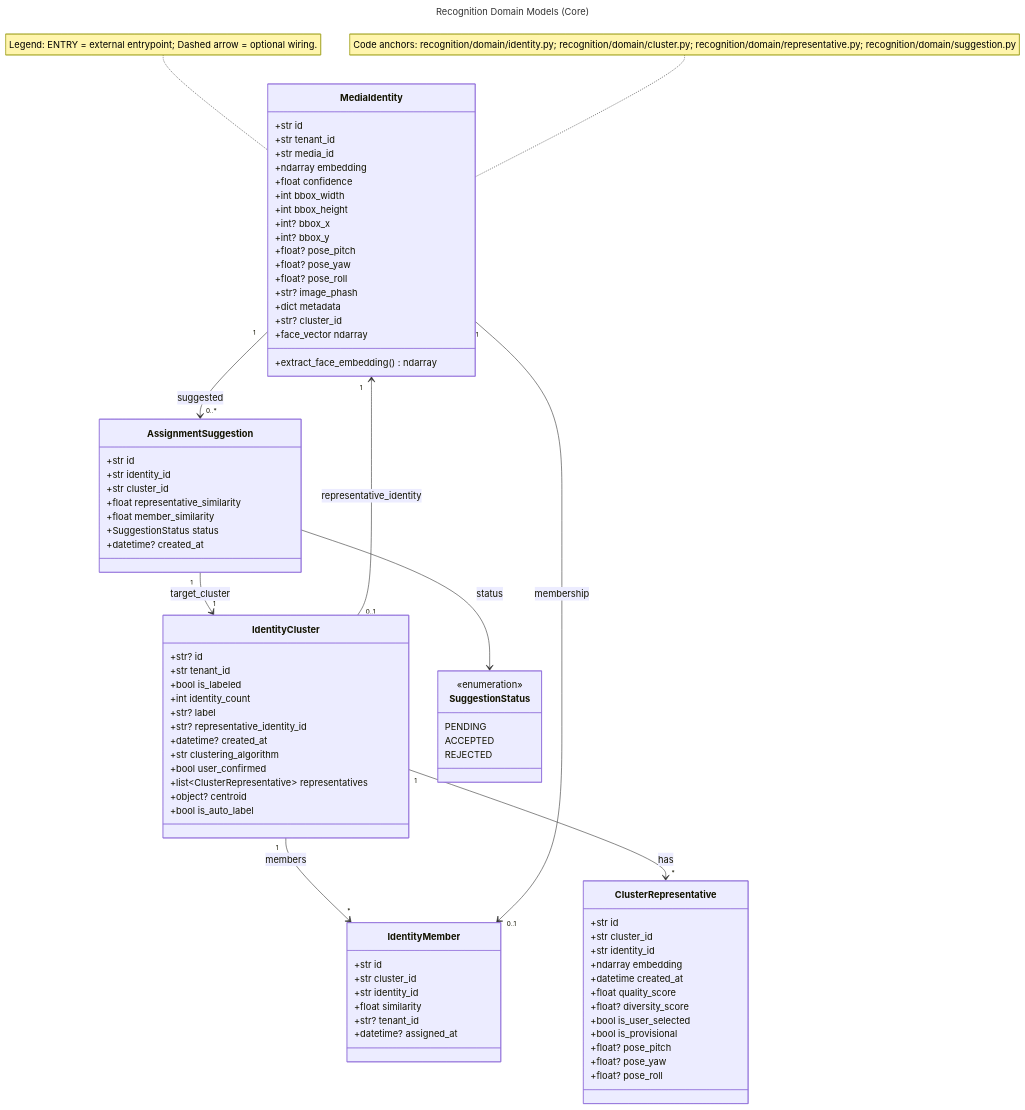
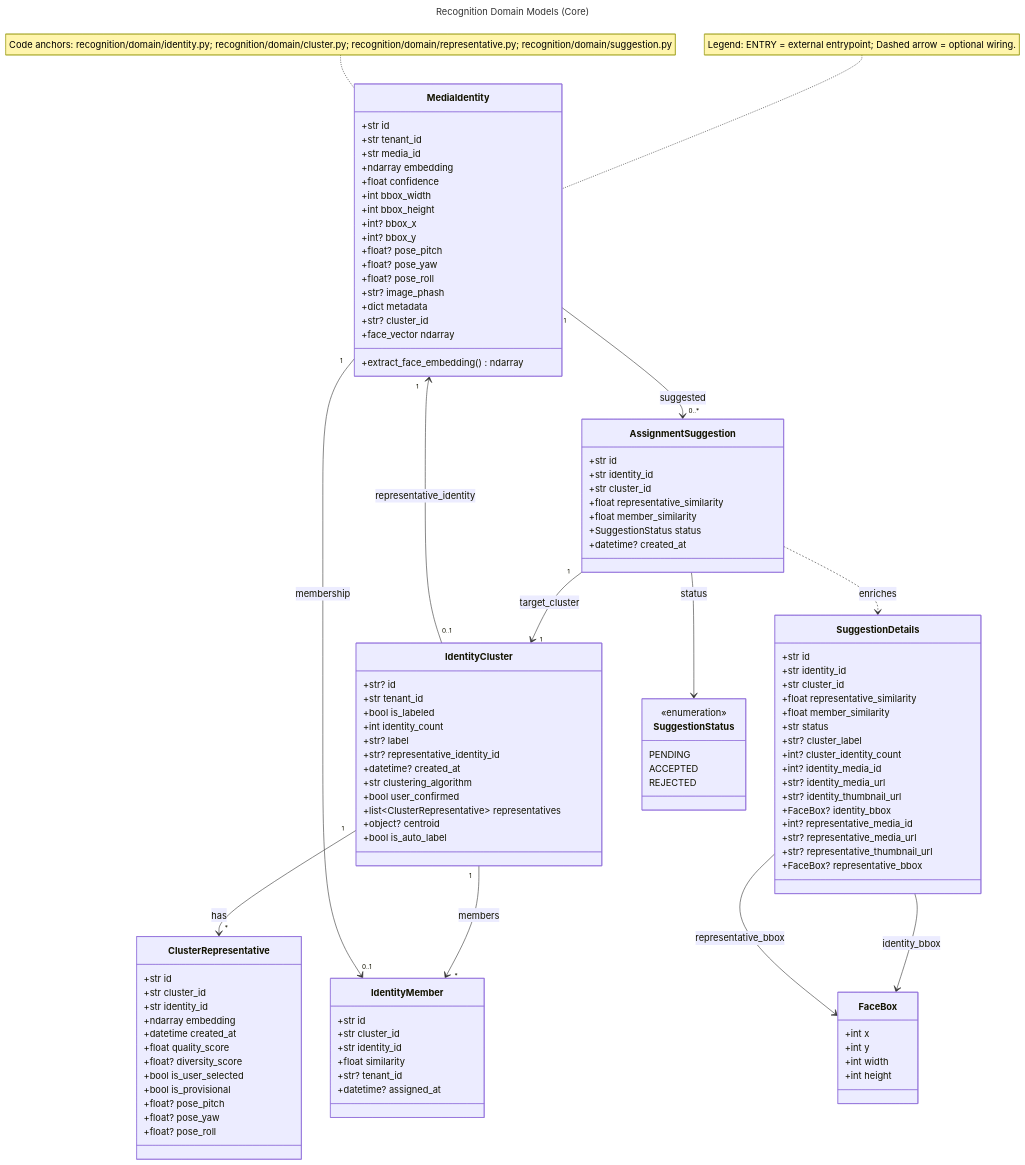
The diagram in docs/agentic/diagrams/backend-uml/domain/identity_domain.mmd (darce/context-alt-text-monorepo), drawn with Mermaid before and after one commit. The commit also changed 28 other files, not shown here.

Commit message:
docs: refresh contracts, diagrams, and task notes

```diff
--- a/docs/agentic/diagrams/backend-uml/domain/identity_domain.mmd
+++ b/docs/agentic/diagrams/backend-uml/domain/identity_domain.mmd
@@ -1,90 +1,119 @@
 ---
 title: Recognition Domain Models (Core)
 ---
 classDiagram
     class MediaIdentity {
         +str id
         +str tenant_id
         +str media_id
         +ndarray embedding
         +float confidence
         +int bbox_width
         +int bbox_height
         +int? bbox_x
         +int? bbox_y
         +float? pose_pitch
         +float? pose_yaw
         +float? pose_roll
         +str? image_phash
         +dict metadata
         +str? cluster_id
         +extract_face_embedding() ndarray
         +face_vector ndarray
     }
 
     class IdentityCluster {
         +str? id
         +str tenant_id
         +bool is_labeled
         +int identity_count
         +str? label
         +str? representative_identity_id
         +datetime? created_at
         +str clustering_algorithm
         +bool user_confirmed
         +list~ClusterRepresentative~ representatives
         +object? centroid
         +bool is_auto_label
     }
 
     class ClusterRepresentative {
         +str id
         +str cluster_id
         +str identity_id
         +ndarray embedding
         +datetime created_at
         +float quality_score
         +float? diversity_score
         +bool is_user_selected
         +bool is_provisional
         +float? pose_pitch
         +float? pose_yaw
         +float? pose_roll
     }
 
     class IdentityMember {
         +str id
         +str cluster_id
         +str identity_id
         +float similarity
         +str? tenant_id
         +datetime? assigned_at
     }
 
     class AssignmentSuggestion {
         +str id
         +str identity_id
         +str cluster_id
         +float representative_similarity
         +float member_similarity
         +SuggestionStatus status
         +datetime? created_at
     }
 
+    class FaceBox {
+        +int x
+        +int y
+        +int width
+        +int height
+    }
+
+    class SuggestionDetails {
+        +str id
+        +str identity_id
+        +str cluster_id
+        +float representative_similarity
+        +float member_similarity
+        +str status
+        +str? cluster_label
+        +int? cluster_identity_count
+        +int? identity_media_id
+        +str? identity_media_url
+        +str? identity_thumbnail_url
+        +FaceBox? identity_bbox
+        +int? representative_media_id
+        +str? representative_media_url
+        +str? representative_thumbnail_url
+        +FaceBox? representative_bbox
+    }
+
     class SuggestionStatus {
         <<enumeration>>
         PENDING
         ACCEPTED
         REJECTED
     }
 
     IdentityCluster "1" --> "*" ClusterRepresentative : has
     IdentityCluster "1" --> "*" IdentityMember : members
     IdentityCluster "0..1" --> "1" MediaIdentity : representative_identity
     MediaIdentity "1" --> "0..1" IdentityMember : membership
     MediaIdentity "1" --> "0..*" AssignmentSuggestion : suggested
     AssignmentSuggestion "1" --> "1" IdentityCluster : target_cluster
     AssignmentSuggestion --> SuggestionStatus : status
+    AssignmentSuggestion ..> SuggestionDetails : enriches
+    SuggestionDetails --> FaceBox : identity_bbox
+    SuggestionDetails --> FaceBox : representative_bbox
 
     note for MediaIdentity "Legend: ENTRY = external entrypoint; Dashed arrow = optional wiring."
     note for MediaIdentity "Code anchors: recognition/domain/identity.py; recognition/domain/cluster.py; recognition/domain/representative.py; recognition/domain/suggestion.py"
```
